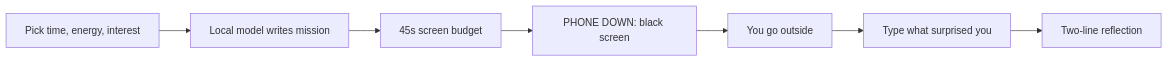
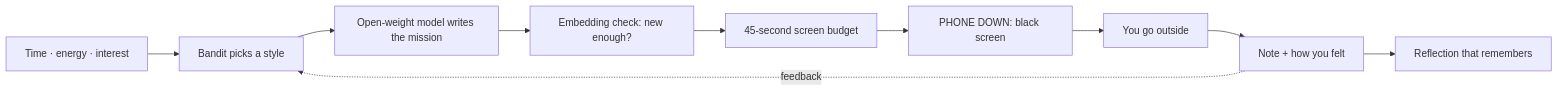
Before and after one commit to Rehan1604/doorstep: the diagram in README.md, drawn with Mermaid. The commit also changed other lines of this file and 8 other files, not shown here.

Commit message:
Docs: README, architecture, ML, privacy, demo, contributing

````diff
--- a/README.md
+++ b/README.md
@@ -29,9 +33,12 @@
 ```mermaid
 flowchart LR
-    A[Pick time, energy, interest] --> B[Local model writes mission]
-    B --> C[45s screen budget]
-    C --> D[PHONE DOWN: black screen]
-    D --> E[You go outside]
-    E --> F[Type what surprised you]
-    F --> G[Two-line reflection]
+    A[Time · energy · interest] --> B[Bandit picks a style]
+    B --> C[Open-weight model writes the mission]
+    C --> D[Embedding check: new enough?]
+    D --> E[45-second screen budget]
+    E --> F[PHONE DOWN: black screen]
+    F --> G[You go outside]
+    G --> H[Note + how you felt]
+    H --> I[Reflection that remembers]
+    H -. feedback .-> B
 ```
````
